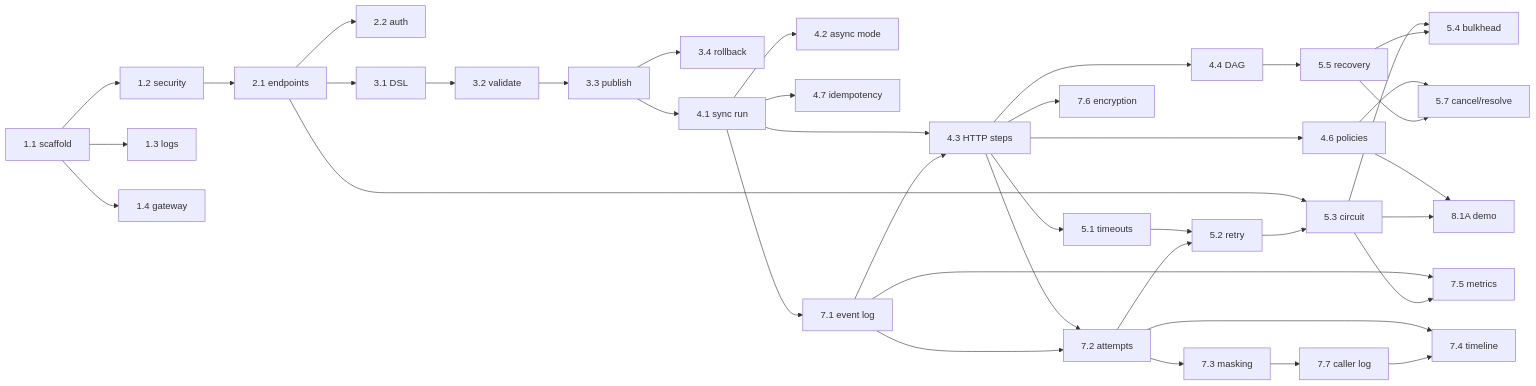
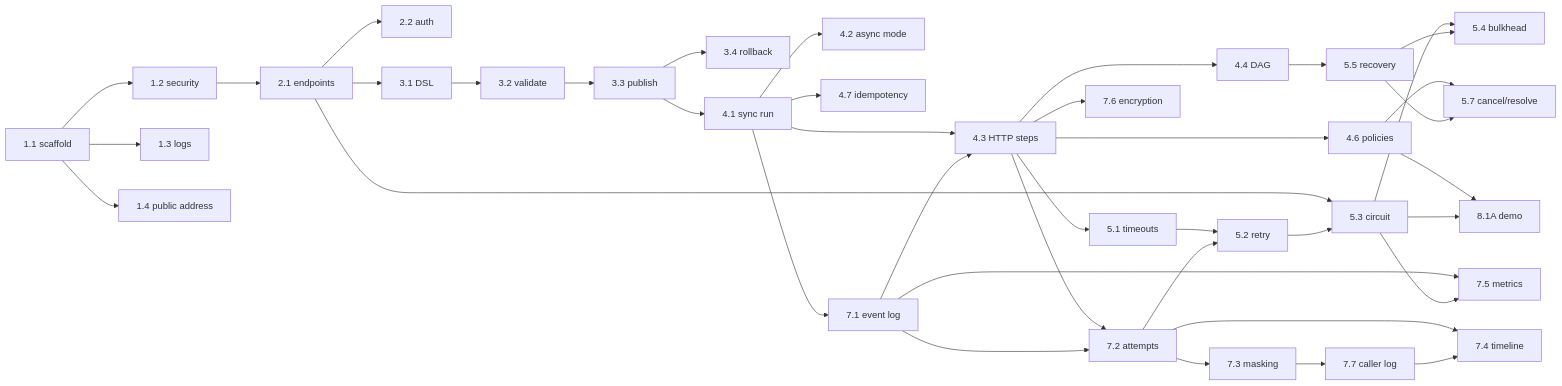
Before and after one commit to sarvesh-belose/api-pipeline: the first of 2 diagrams in docs/R1-implementation-plan.md, drawn with Mermaid. The commit also changed other lines of this file and 19 other files, not shown here.

````diff
--- a/docs/R1-implementation-plan.md
+++ b/docs/R1-implementation-plan.md
@@ -84,20 +84,20 @@
 ```mermaid
 flowchart LR
-  U11[1.1 scaffold] --> U12[1.2 security] & U13[1.3 logs] & U14[1.4 gateway]
+  U11[1.1 scaffold] --> U12[1.2 security] & U13[1.3 logs] & U14[1.4 public address]
   U12 --> U21[2.1 endpoints] --> U22[2.2 auth]
   U21 --> U31[3.1 DSL] --> U32[3.2 validate] --> U33[3.3 publish] --> U34[3.4 rollback]
   U33 --> U41[4.1 sync run]
   U41 --> U42[4.2 async mode] & U47[4.7 idempotency] & U71[7.1 event log]
   U41 & U71 --> U43[4.3 HTTP steps]
   U43 --> U44[4.4 DAG] & U46[4.6 policies] & U51[5.1 timeouts] & U76[7.6 encryption]
   U43 & U71 --> U72[7.2 attempts]
   U51 & U72 --> U52[5.2 retry]
   U21 & U52 --> U53[5.3 circuit]
   U44 --> U55[5.5 recovery]
   U53 & U55 --> U54[5.4 bulkhead]
   U46 & U55 --> U57[5.7 cancel/resolve]
   U72 --> U73[7.3 masking] --> U77[7.7 caller log]
   U72 & U77 --> U74[7.4 timeline]
   U71 & U53 --> U75[7.5 metrics]
   U46 & U53 --> U81A[8.1A demo]
 ```
````
